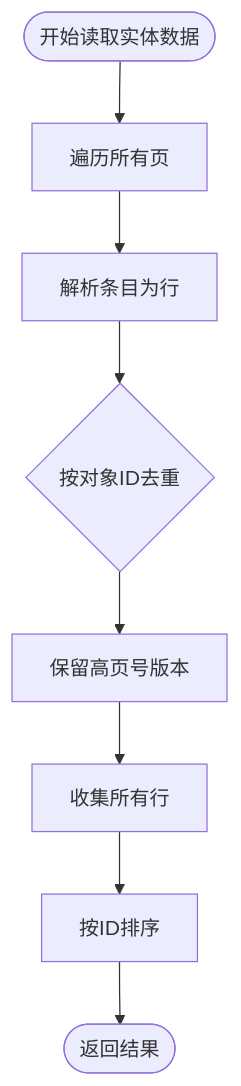
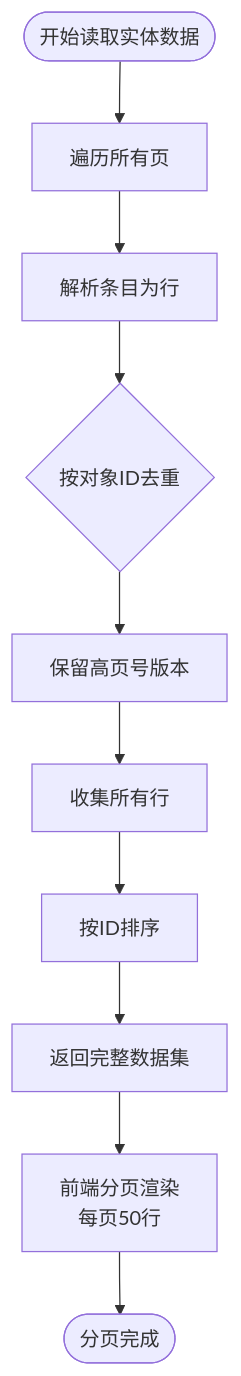
One commit to kongpf8848/objectbox_viewer changed the sixth of 8 diagrams in .qoder/repowiki/zh/content/UI 组件/数据表格面板.md. Above: the diagram before and after it, drawn with Mermaid. The commit also changed other lines of this file and 9 other files, not shown here.

````diff
--- a/.qoder/repowiki/zh/content/UI 组件/数据表格面板.md
+++ b/.qoder/repowiki/zh/content/UI 组件/数据表格面板.md
@@ -203,10 +270,12 @@
 ```mermaid
 flowchart TD
 PStart(["开始读取实体数据"]) --> Scan["遍历所有页"]
 Scan --> Parse["解析条目为行"]
 Parse --> Dedup{"按对象ID去重"}
 Dedup --> Keep["保留高页号版本"]
 Keep --> Collect["收集所有行"]
 Collect --> Sort["按ID排序"]
-Sort --> PEnd(["返回结果"])
+Sort --> FullData["返回完整数据集"]
+FullData --> PagedRender["前端分页渲染<br/>每页50行"]
+PagedRender --> PEnd(["分页完成"])
 ```
````
